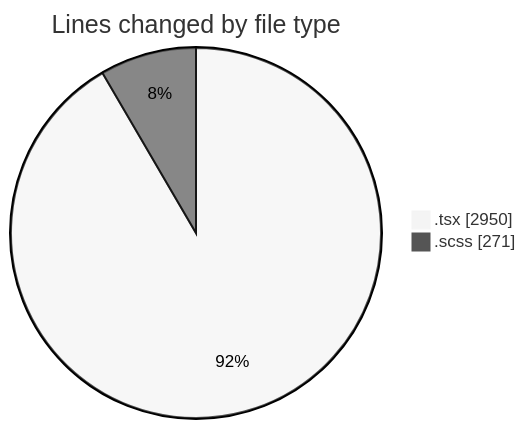
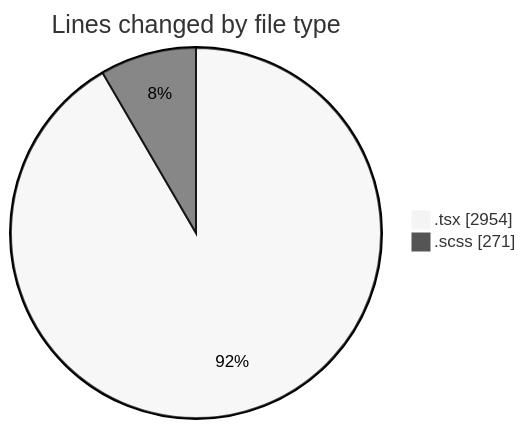
Before and after one commit to momahboobian/code-tracking: the first of 2 diagrams in 2025-11-18/cda/README.md, drawn with Mermaid (neutral theme). The commit also changed other lines of this file and 1 other file, not shown here.

````diff
--- a/2025-11-18/cda/README.md
+++ b/2025-11-18/cda/README.md
@@ -25,6 +25,6 @@
 ```mermaid
 pie showData
 title Lines changed by file type
-".tsx" : 2950
+".tsx" : 2954
 ".scss" : 271
 ```
````
